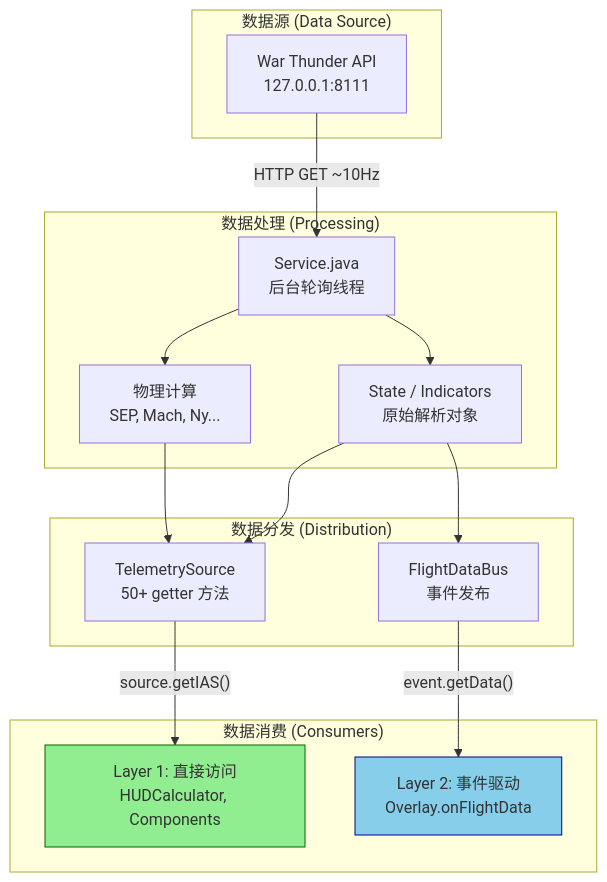
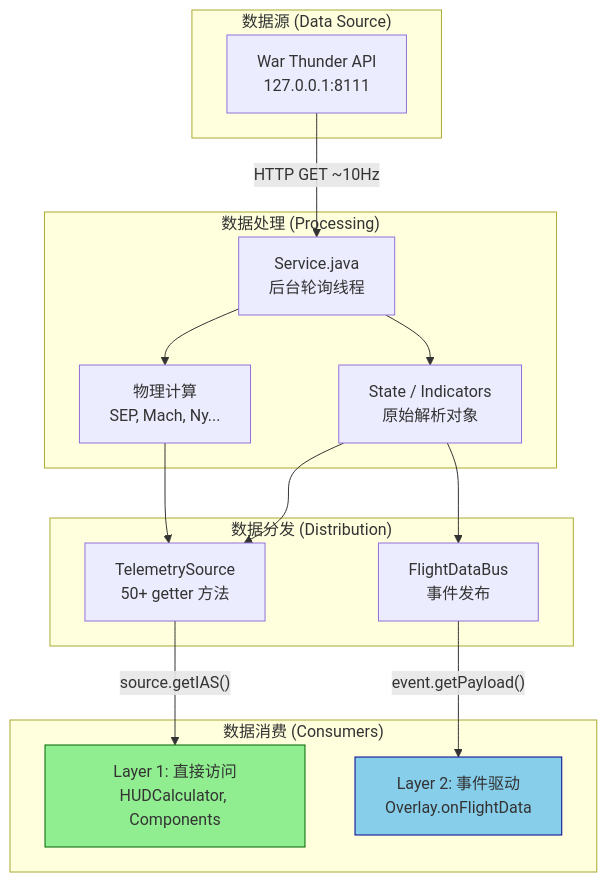
Before and after one commit to matrixsukhoi/voidmei: the second of 3 diagrams in doc/数据流架构指南.md, drawn with Mermaid. The commit also changed other lines of this file and 11 other files, not shown here.

Commit message:
(refactor) FlightDataEvent: use reference instead of map

````diff
--- a/doc/数据流架构指南.md
+++ b/doc/数据流架构指南.md
@@ -365,36 +387,36 @@
 ```mermaid
 graph TB
     subgraph "数据源 (Data Source)"
         WT[War Thunder API<br/>127.0.0.1:8111]
     end
 
     subgraph "数据处理 (Processing)"
         SVC[Service.java<br/>后台轮询线程]
         STATE[State / Indicators<br/>原始解析对象]
         CALC[物理计算<br/>SEP, Mach, Ny...]
     end
 
     subgraph "数据分发 (Distribution)"
         TS[TelemetrySource<br/>50+ getter 方法]
         BUS[FlightDataBus<br/>事件发布]
     end
 
     subgraph "数据消费 (Consumers)"
         L1[Layer 1: 直接访问<br/>HUDCalculator, Components]
         L2[Layer 2: 事件驱动<br/>Overlay.onFlightData]
     end
 
     WT -->|HTTP GET ~10Hz| SVC
     SVC --> STATE
     SVC --> CALC
 
     STATE --> TS
     CALC --> TS
     STATE --> BUS
 
     TS -->|"source.getIAS()"| L1
-    BUS -->|"event.getData()"| L2
+    BUS -->|"event.getPayload()"| L2
 
     style L1 fill:#90EE90,stroke:#006400
     style L2 fill:#87CEEB,stroke:#00008B
 ```
````
